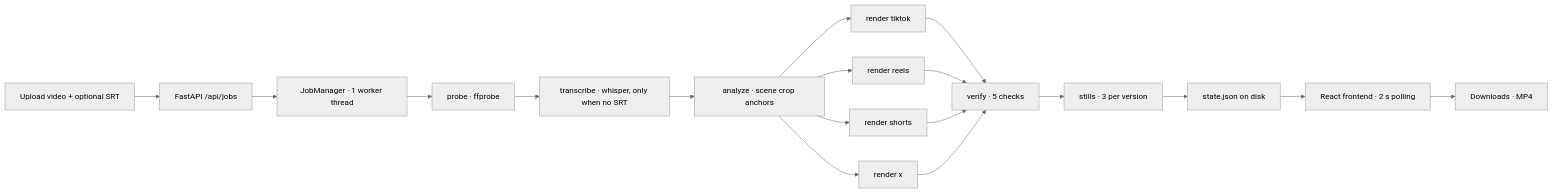
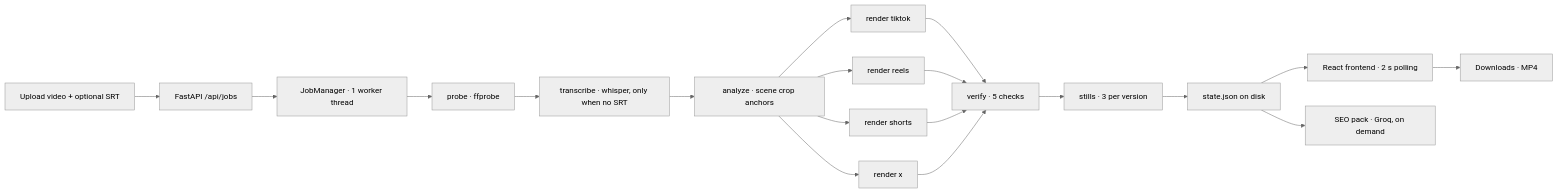
Before and after one commit to Divyanshu-kumar14/Edit-Once: the diagram in README.md, drawn with Mermaid (neutral theme). The commit also changed other lines of this file, not shown here.

````diff
--- a/README.md
+++ b/README.md
@@ -49,20 +49,21 @@
 ```mermaid
 flowchart LR
     U[Upload video + optional SRT] --> API[FastAPI /api/jobs]
     API --> Q[JobManager · 1 worker thread]
     Q --> P[probe · ffprobe]
     P --> T[transcribe · whisper, only when no SRT]
     T --> A[analyze · scene crop anchors]
     A --> R1[render tiktok]
     A --> R2[render reels]
     A --> R3[render shorts]
     A --> R4[render x]
     R1 --> V[verify · 5 checks]
     R2 --> V
     R3 --> V
     R4 --> V
     V --> S[stills · 3 per version]
     S --> J[state.json on disk]
     J --> FE[React frontend · 2 s polling]
     FE --> D[Downloads · MP4]
+    J --> G[SEO pack · Groq, on demand]
 ```
````
